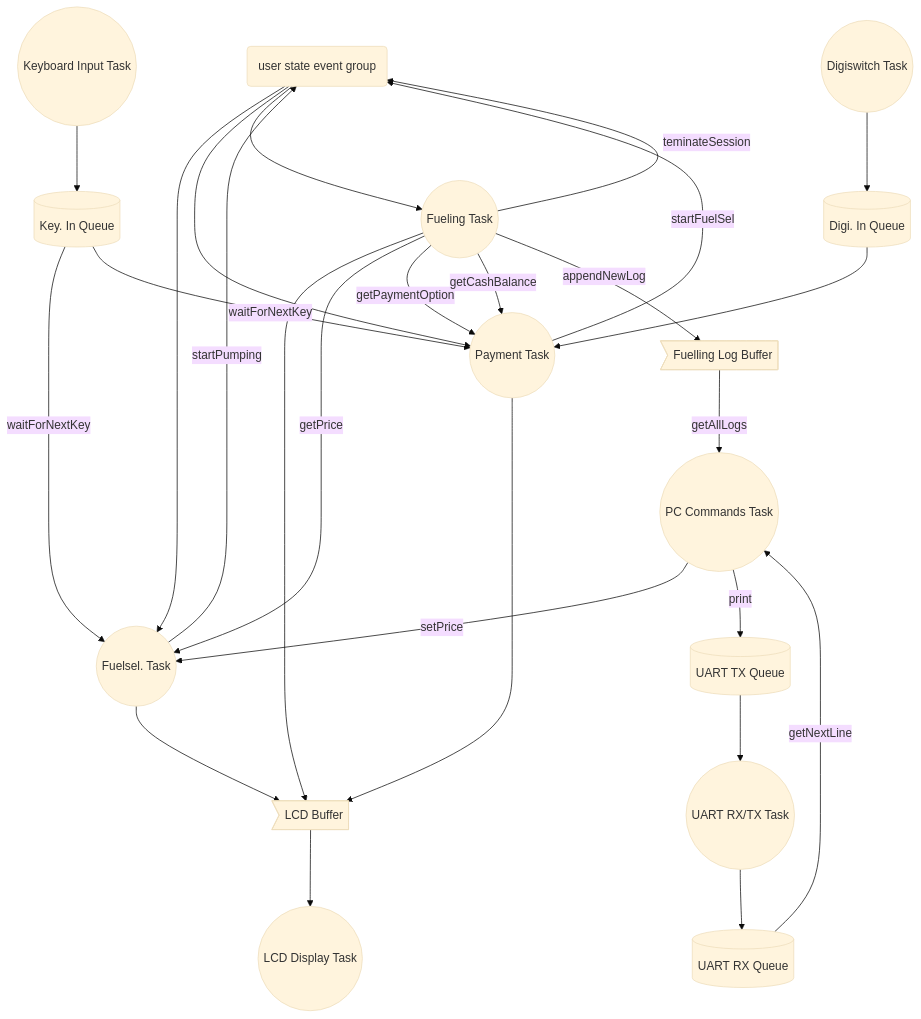
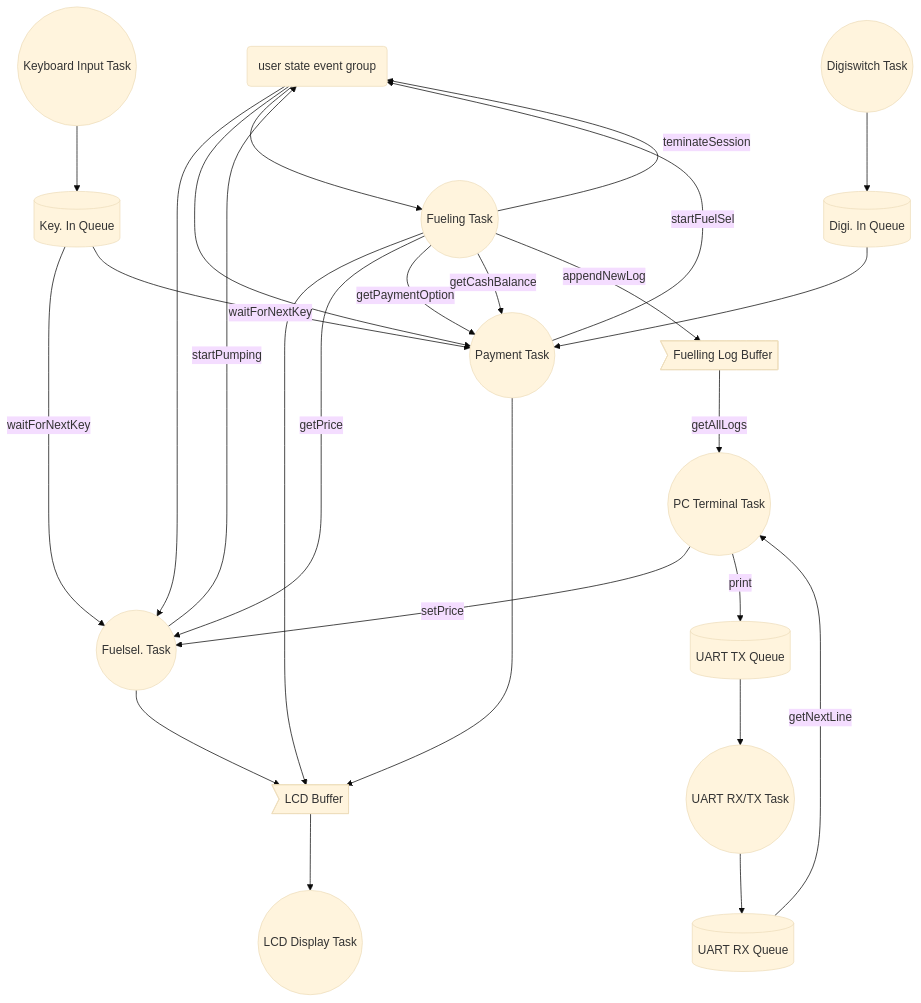
Before and after one commit to jjsanda/SDU-embedded-programming: the diagram in README.md, drawn with Mermaid (base theme).

````diff
--- a/README.md
+++ b/README.md
@@ -3,57 +3,57 @@
 ```mermaid
 graph TD
 
   gsEG(user state event group)
 
   pay((Payment Task))
   fuelsel((Fuelsel. Task))
   fueling((Fueling Task))
   lcd((LCD Display Task))
   keyboard((Keyboard Input Task))
   digi((Digiswitch Task))
   uart((UART RX/TX Task))
-  pc((PC Commands Task))
+  pc((PC Terminal Task))
   
   keyQ[(Key. In Queue)]
   digiQ[(Digi. In Queue)]
   rxQ[(UART RX Queue)]
   txQ[(UART TX Queue)]
 
   lcdB>LCD Buffer]
   logB>Fuelling Log Buffer]
 
 
   keyQ--waitForNextKey-->fuelsel
   gsEG-->fuelsel
   pc--setPrice-->fuelsel
   fuelsel-->lcdB
   fuelsel--startPumping-->gsEG
   
 
   uart-->rxQ
   rxQ--getNextLine-->pc
   pc--print-->txQ
   logB--getAllLogs-->pc
   txQ-->uart
 
   keyboard-->keyQ 
   keyQ--waitForNextKey-->pay
   gsEG-->pay
   digi-->digiQ
   digiQ-->pay
   pay-->lcdB
   pay--startFuelSel-->gsEG
 
 
 
   lcdB-->lcd
 
 
   gsEG-->fueling
   fueling-->lcdB
   fueling--getPrice-->fuelsel
   fueling--getPaymentOption-->pay
   fueling--getCashBalance-->pay
   fueling--teminateSession-->gsEG
   fueling--appendNewLog-->logB
 ```
````
